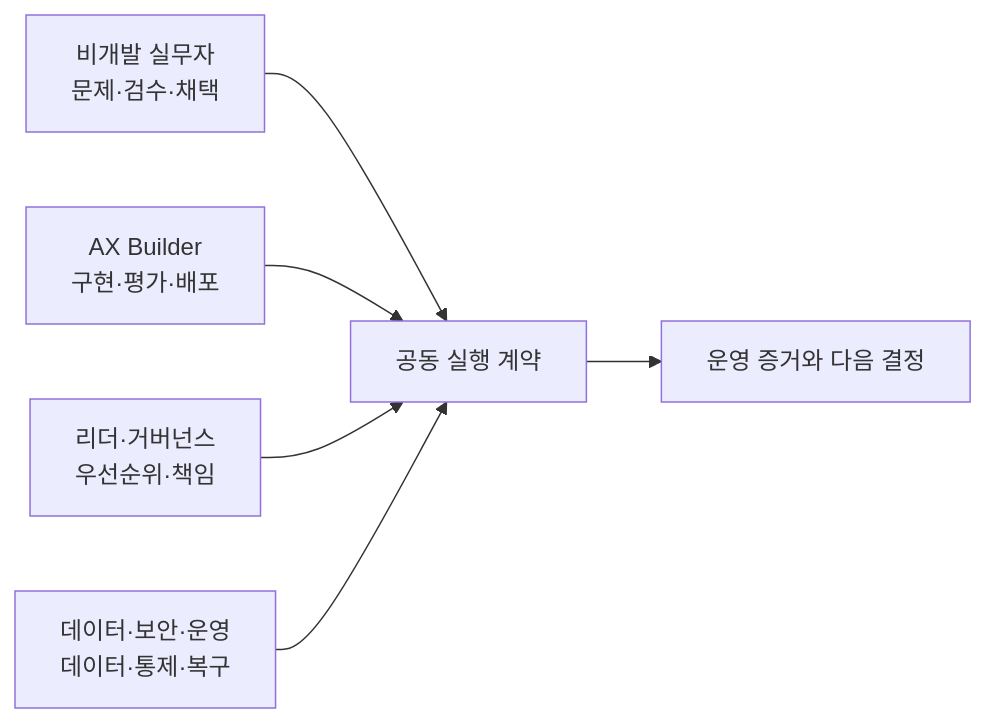
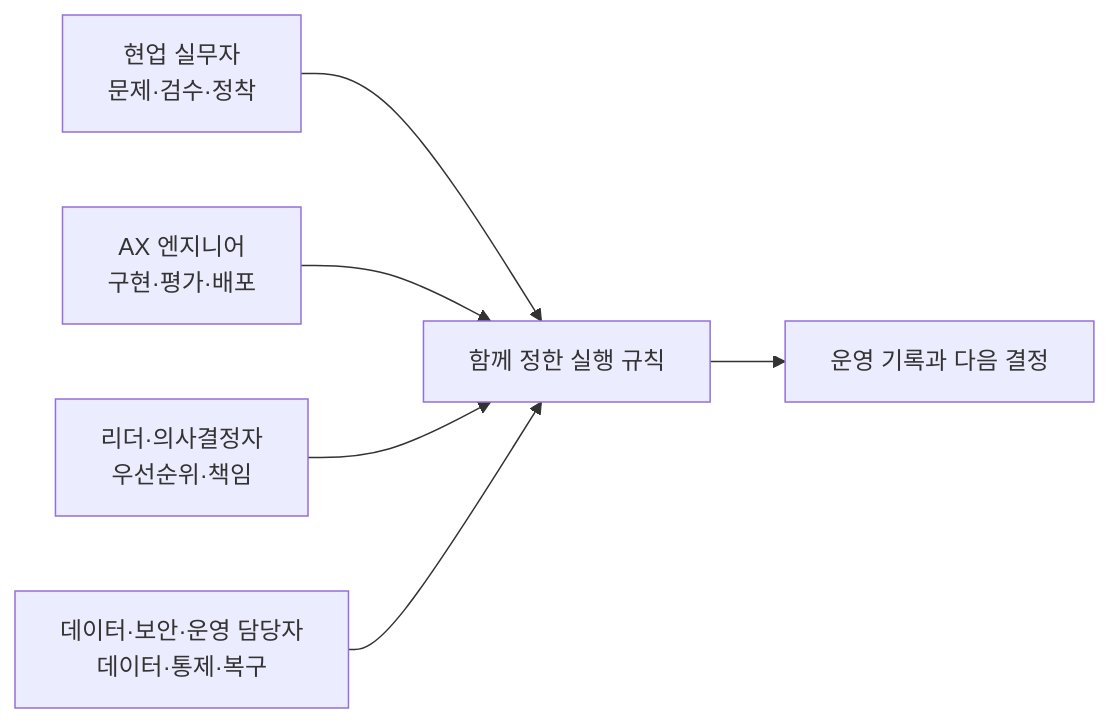
One commit to woogi-kang/ax-engineer-roadmap changed the diagram in tracks/README.md. Above: the diagram before and after it, drawn with Mermaid. The commit also changed other lines of this file and 91 other files, not shown here.

Commit message:
docs: make the roadmap AX Engineer focused

````diff
--- a/tracks/README.md
+++ b/tracks/README.md
@@ -31,8 +31,8 @@
 ```mermaid
 flowchart LR
-    B["비개발 실무자<br/>문제·검수·채택"] --> X["공동 실행 계약"]
-    A["AX Builder<br/>구현·평가·배포"] --> X
-    L["리더·거버넌스<br/>우선순위·책임"] --> X
-    D["데이터·보안·운영<br/>데이터·통제·복구"] --> X
-    X --> E["운영 증거와 다음 결정"]
+    B["현업 실무자<br/>문제·검수·정착"] --> X["함께 정한 실행 규칙"]
+    A["AX 엔지니어<br/>구현·평가·배포"] --> X
+    L["리더·의사결정자<br/>우선순위·책임"] --> X
+    D["데이터·보안·운영 담당자<br/>데이터·통제·복구"] --> X
+    X --> E["운영 기록과 다음 결정"]
 ```
````
